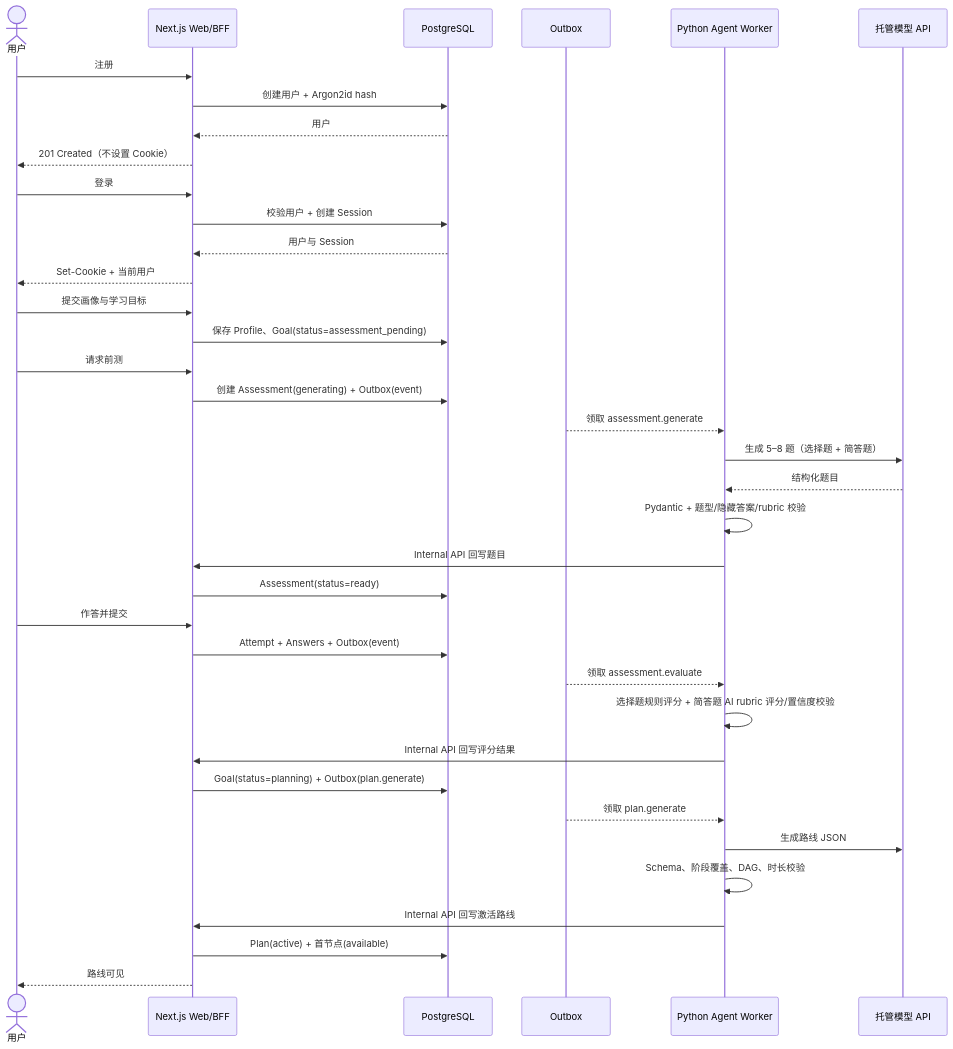
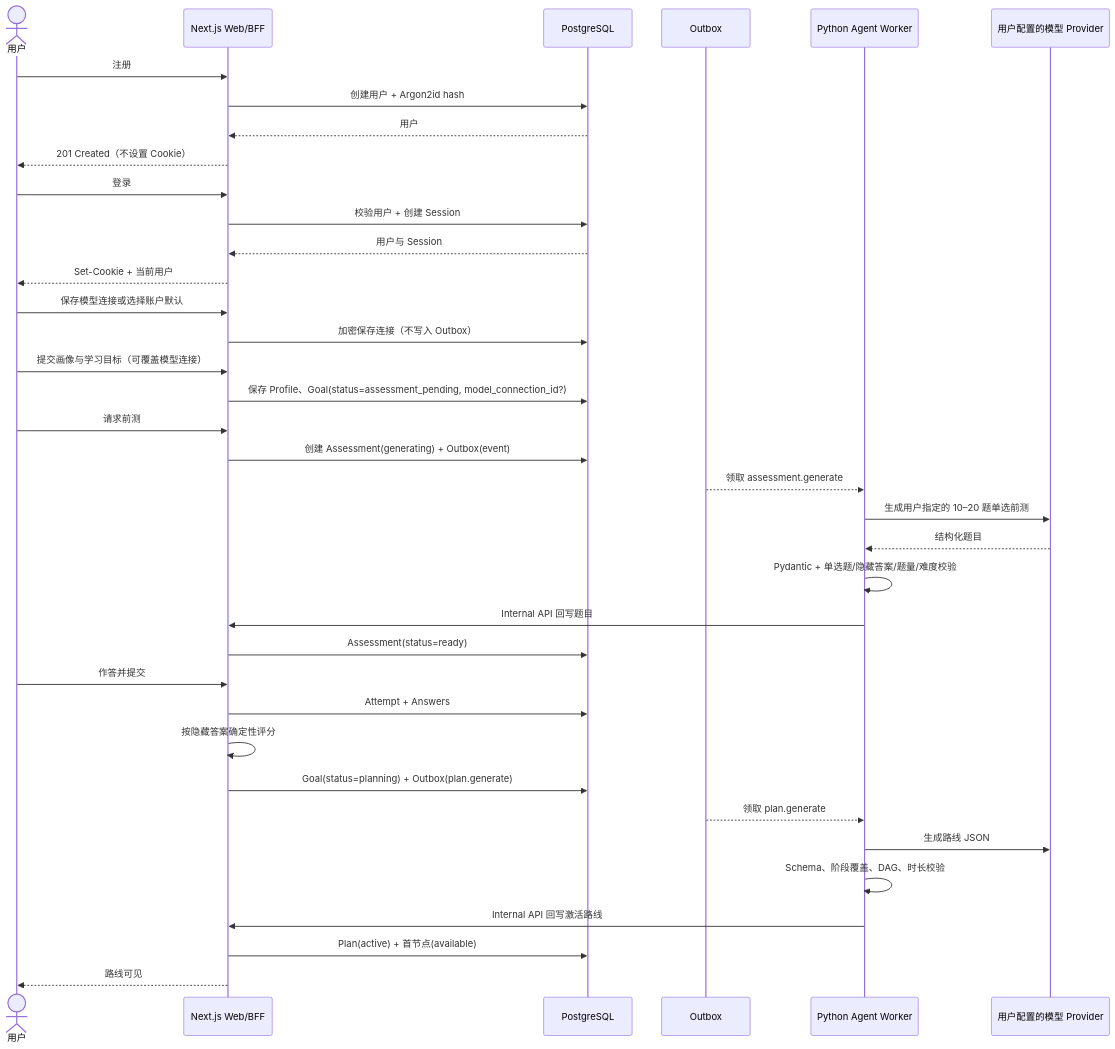
Before and after one commit to litieshan2331/LearnCraft: the second of 5 diagrams in docs/04-MVP-P0实施需求与开发指南.md, drawn with Mermaid. The commit also changed other lines of this file and 69 other files, not shown here.

````diff
--- a/docs/04-MVP-P0实施需求与开发指南.md
+++ b/docs/04-MVP-P0实施需求与开发指南.md
@@ -1137,40 +1213,40 @@
 ```mermaid
 sequenceDiagram
     actor U as 用户
     participant W as Next.js Web/BFF
     participant DB as PostgreSQL
     participant O as Outbox
     participant A as Python Agent Worker
-    participant M as 托管模型 API
+    participant M as 用户配置的模型 Provider
 
     U->>W: 注册
     W->>DB: 创建用户 + Argon2id hash
     DB-->>W: 用户
     W-->>U: 201 Created（不设置 Cookie）
     U->>W: 登录
     W->>DB: 校验用户 + 创建 Session
     DB-->>W: 用户与 Session
     W-->>U: Set-Cookie + 当前用户
-    U->>W: 提交画像与学习目标
-    W->>DB: 保存 Profile、Goal(status=assessment_pending)
+    U->>W: 保存模型连接或选择账户默认
+    W->>DB: 加密保存连接（不写入 Outbox）
+    U->>W: 提交画像与学习目标（可覆盖模型连接）
+    W->>DB: 保存 Profile、Goal(status=assessment_pending, model_connection_id?)
     U->>W: 请求前测
     W->>DB: 创建 Assessment(generating) + Outbox(event)
     O-->>A: 领取 assessment.generate
-    A->>M: 生成 5–8 题（选择题 + 简答题）
+    A->>M: 生成用户指定的 10–20 题单选前测
     M-->>A: 结构化题目
-    A->>A: Pydantic + 题型/隐藏答案/rubric 校验
+    A->>A: Pydantic + 单选题/隐藏答案/题量/难度校验
     A->>W: Internal API 回写题目
     W->>DB: Assessment(status=ready)
     U->>W: 作答并提交
-    W->>DB: Attempt + Answers + Outbox(event)
-    O-->>A: 领取 assessment.evaluate
-    A->>A: 选择题规则评分 + 简答题 AI rubric 评分/置信度校验
-    A->>W: Internal API 回写评分结果
+    W->>DB: Attempt + Answers
+    W->>W: 按隐藏答案确定性评分
     W->>DB: Goal(status=planning) + Outbox(plan.generate)
     O-->>A: 领取 plan.generate
     A->>M: 生成路线 JSON
     A->>A: Schema、阶段覆盖、DAG、时长校验
     A->>W: Internal API 回写激活路线
     W->>DB: Plan(active) + 首节点(available)
     W-->>U: 路线可见
 ```
````
